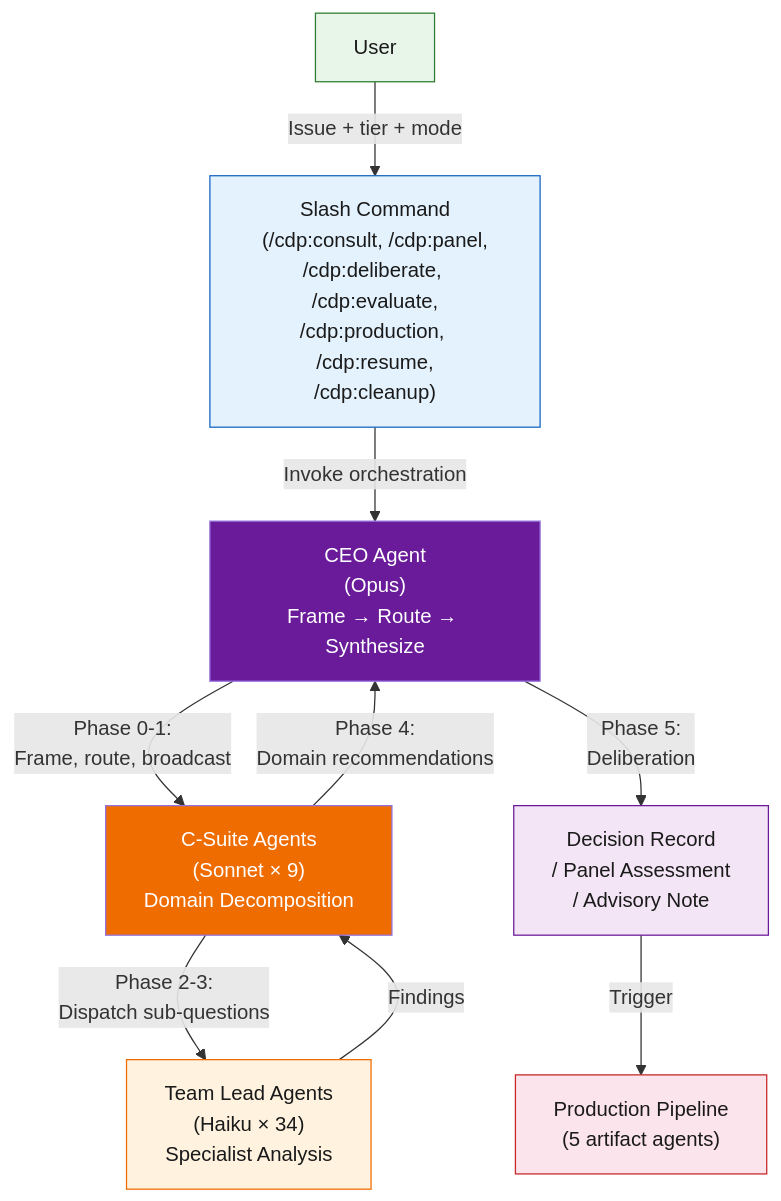
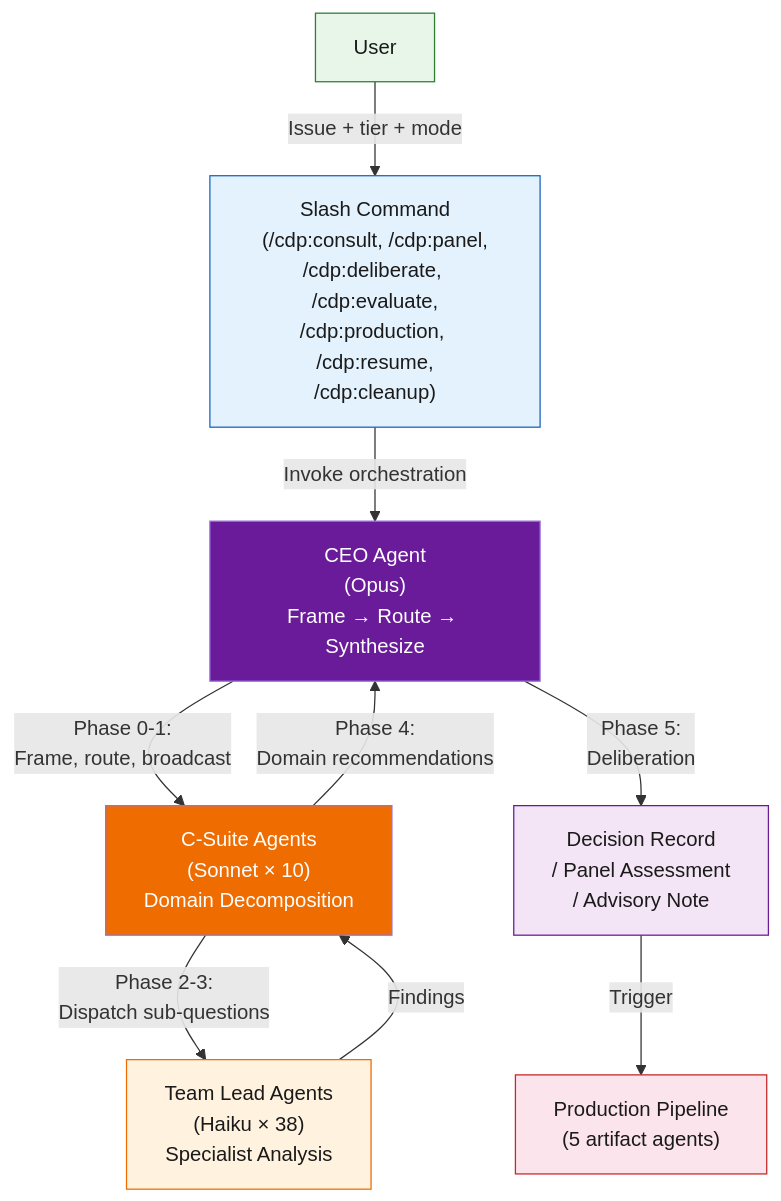
The first of 3 diagrams in docs/ARCHITECTURE.md (apatheticus/corporate-decision-panel), drawn with Mermaid before and after one commit. The commit also changed other lines of this file and 7 other files, not shown here.

````diff
--- a/docs/ARCHITECTURE.md
+++ b/docs/ARCHITECTURE.md
@@ -50,27 +50,27 @@
 ```mermaid
 flowchart TD
     User["User"]
     CMD["Slash Command\n(/cdp:consult, /cdp:panel,\n/cdp:deliberate, /cdp:evaluate,\n/cdp:production, /cdp:resume,\n/cdp:cleanup)"]
     CEO["CEO Agent\n(Opus)\nFrame → Route → Synthesize"]
-    CS["C-Suite Agents\n(Sonnet × 9)\nDomain Decomposition"]
-    TL["Team Lead Agents\n(Haiku × 34)\nSpecialist Analysis"]
+    CS["C-Suite Agents\n(Sonnet × 10)\nDomain Decomposition"]
+    TL["Team Lead Agents\n(Haiku × 38)\nSpecialist Analysis"]
     DR["Decision Record\n/ Panel Assessment\n/ Advisory Note"]
     PROD["Production Pipeline\n(5 artifact agents)"]
 
     User -->|"Issue + tier + mode"| CMD
     CMD -->|"Invoke orchestration"| CEO
     CEO -->|"Phase 0-1:\nFrame, route, broadcast"| CS
     CS -->|"Phase 2-3:\nDispatch sub-questions"| TL
     TL -->|"Findings"| CS
     CS -->|"Phase 4:\nDomain recommendations"| CEO
     CEO -->|"Phase 5:\nDeliberation"| DR
     DR -->|"Trigger"| PROD
 
     style User fill:#e8f5e9,stroke:#2e7d32,color:#1a1a1a
     style CMD fill:#e3f2fd,stroke:#1565c0,color:#1a1a1a
     style CEO fill:#6a1b9a,color:#fff
     style CS fill:#ef6c00,color:#fff
     style TL fill:#fff3e0,stroke:#ef6c00,color:#1a1a1a
     style DR fill:#f3e5f5,stroke:#6a1b9a,color:#1a1a1a
     style PROD fill:#fce4ec,stroke:#c62828,color:#1a1a1a
 ```
````
